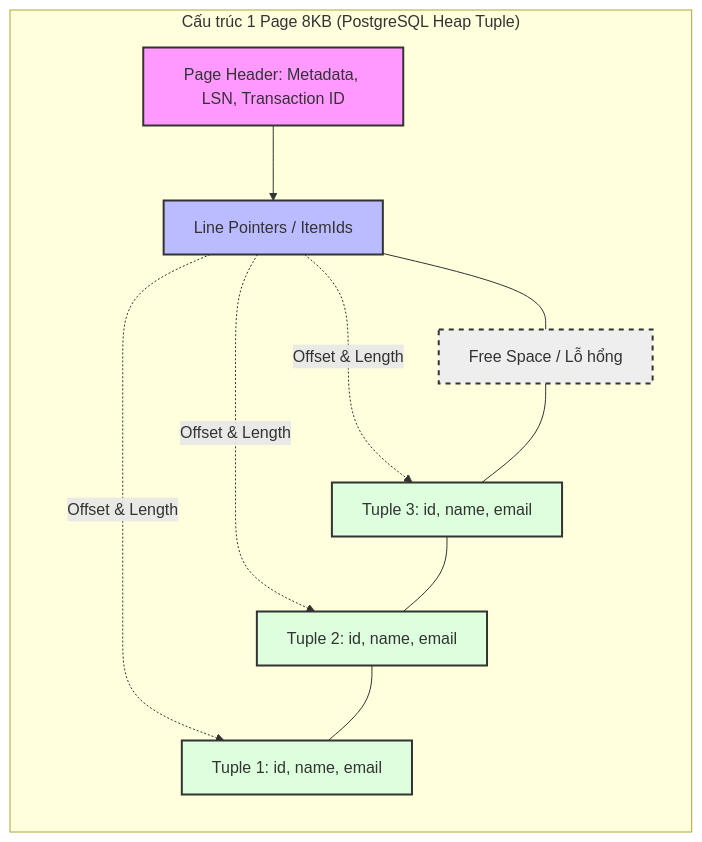
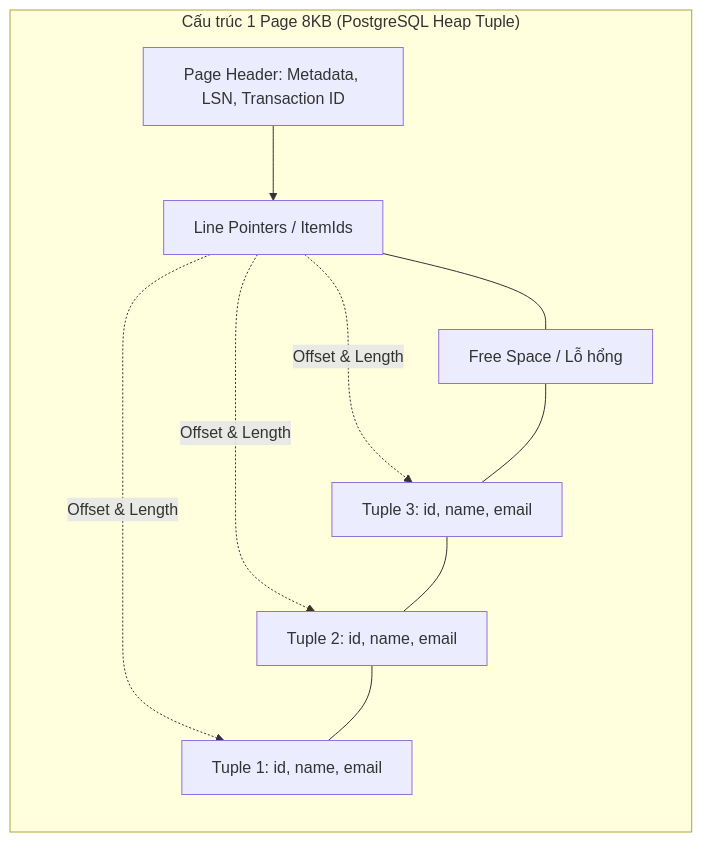
Before and after one commit to kythuatdulieu/kythuatdulieu.github.io: the diagram in src/content/docs/concepts/9-genai-machine-learning/row-based-storage.md, drawn with Mermaid. The commit also changed 682 other files, not shown here.

````diff
--- a/src/content/docs/concepts/9-genai-machine-learning/row-based-storage.md
+++ b/src/content/docs/concepts/9-genai-machine-learning/row-based-storage.md
@@ -30,27 +30,26 @@
 ```mermaid
 graph TD
   subgraph "Cấu trúc 1 Page 8KB (PostgreSQL Heap Tuple)"
     direction TB
     H[Page Header: Metadata, LSN, Transaction ID] --> LP[Line Pointers / ItemIds]
     LP -.-> |Offset & Length| T3
     LP -.-> |Offset & Length| T2
     LP -.-> |Offset & Length| T1
     
     FS[Free Space / Lỗ hổng]
     T3[Tuple 3: id, name, email] 
     T2[Tuple 2: id, name, email] 
     T1[Tuple 1: id, name, email]
     
     LP --- FS
     FS --- T3
     T3 --- T2
     T2 --- T1
   end
-  
-  style H fill:#f9f,stroke:#333,stroke-width:2px
-  style LP fill:#bbf,stroke:#333,stroke-width:2px
-  style FS fill:#eee,stroke:#333,stroke-width:2px,stroke-dasharray: 5 5
-  style T1 fill:#dfd,stroke:#333,stroke-width:2px
-  style T2 fill:#dfd,stroke:#333,stroke-width:2px
-  style T3 fill:#dfd,stroke:#333,stroke-width:2px
+
+
+
+
+
+
 ```
````
